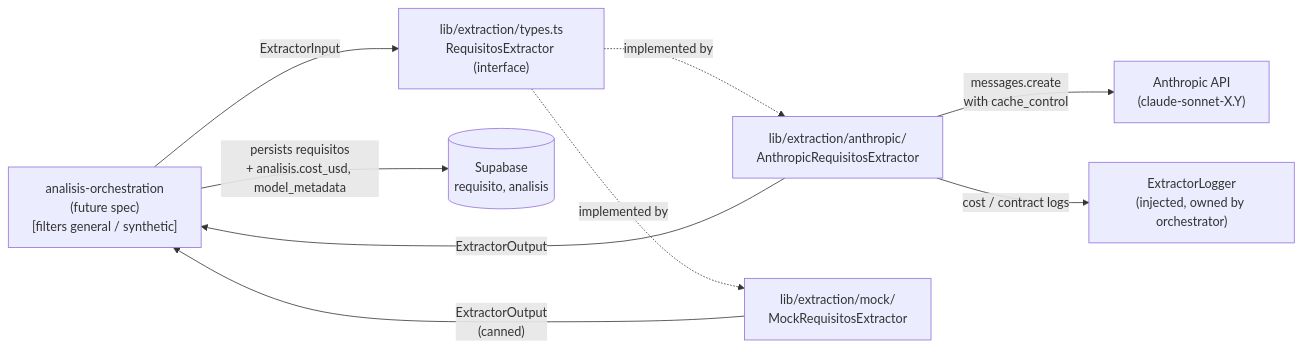
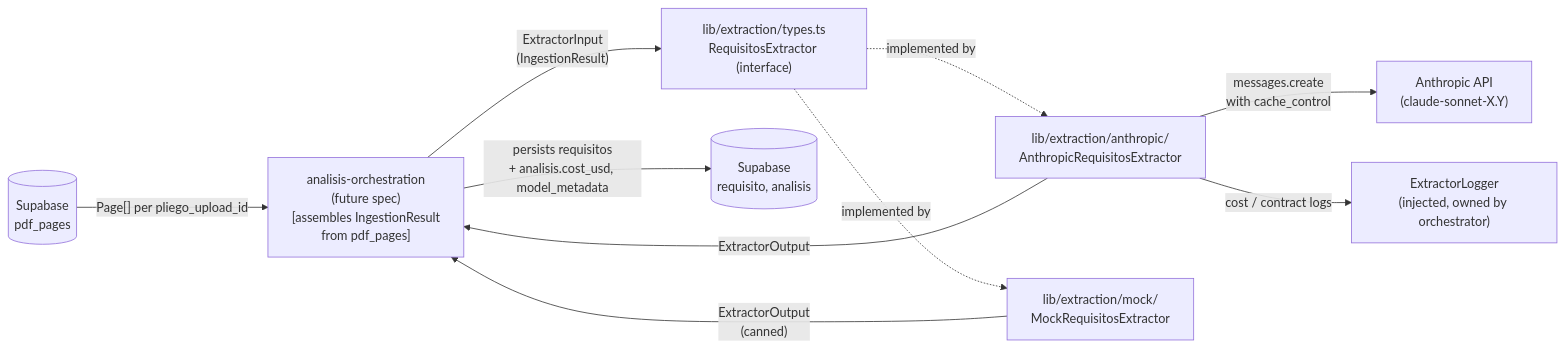
One commit to agentezai/coltratos changed the second of 2 diagrams in docs/requisitos-extraction/spec/spec.md. Above: the diagram before and after it, drawn with Mermaid. The commit also changed other lines of this file and 24 other files, not shown here.

First line of the commit message:
docs(requisitos-extraction): rev 3 — eval-harness gate, pagina_fuente citation, partial results

````diff
--- a/docs/requisitos-extraction/spec/spec.md
+++ b/docs/requisitos-extraction/spec/spec.md
@@ -440,12 +473,14 @@
 ```mermaid
 flowchart LR
-    Orchestrator["analisis-orchestration\n(future spec)\n[filters general / synthetic]"]
-    Orchestrator -->|"ExtractorInput"| Iface["lib/extraction/types.ts\nRequisitosExtractor (interface)"]
+    DB2[("Supabase\npdf_pages")]
+    Orchestrator["analisis-orchestration\n(future spec)\n[assembles IngestionResult\nfrom pdf_pages]"]
+    DB2 -->|"Page[] per pliego_upload_id"| Orchestrator
+    Orchestrator -->|"ExtractorInput\n(IngestionResult)"| Iface["lib/extraction/types.ts\nRequisitosExtractor (interface)"]
     Iface -.->|"implemented by"| Anthropic["lib/extraction/anthropic/\nAnthropicRequisitosExtractor"]
     Iface -.->|"implemented by"| Mock["lib/extraction/mock/\nMockRequisitosExtractor"]
     Anthropic -->|"messages.create\nwith cache_control"| Claude["Anthropic API\n(claude-sonnet-X.Y)"]
     Anthropic -->|"cost / contract logs"| Logger["ExtractorLogger\n(injected, owned by orchestrator)"]
     Anthropic -->|"ExtractorOutput"| Orchestrator
     Mock -->|"ExtractorOutput\n(canned)"| Orchestrator
     Orchestrator -->|"persists requisitos\n+ analisis.cost_usd, model_metadata"| DB[("Supabase\nrequisito, analisis")]
 ```
````
